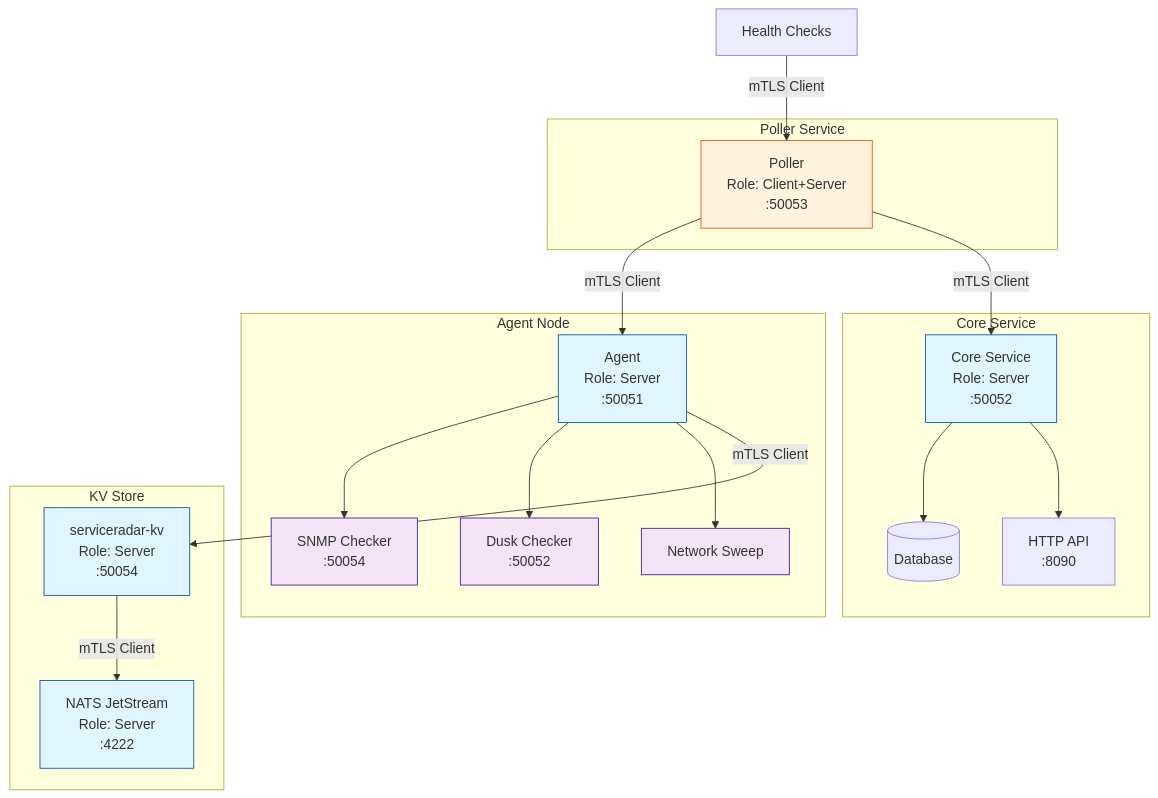
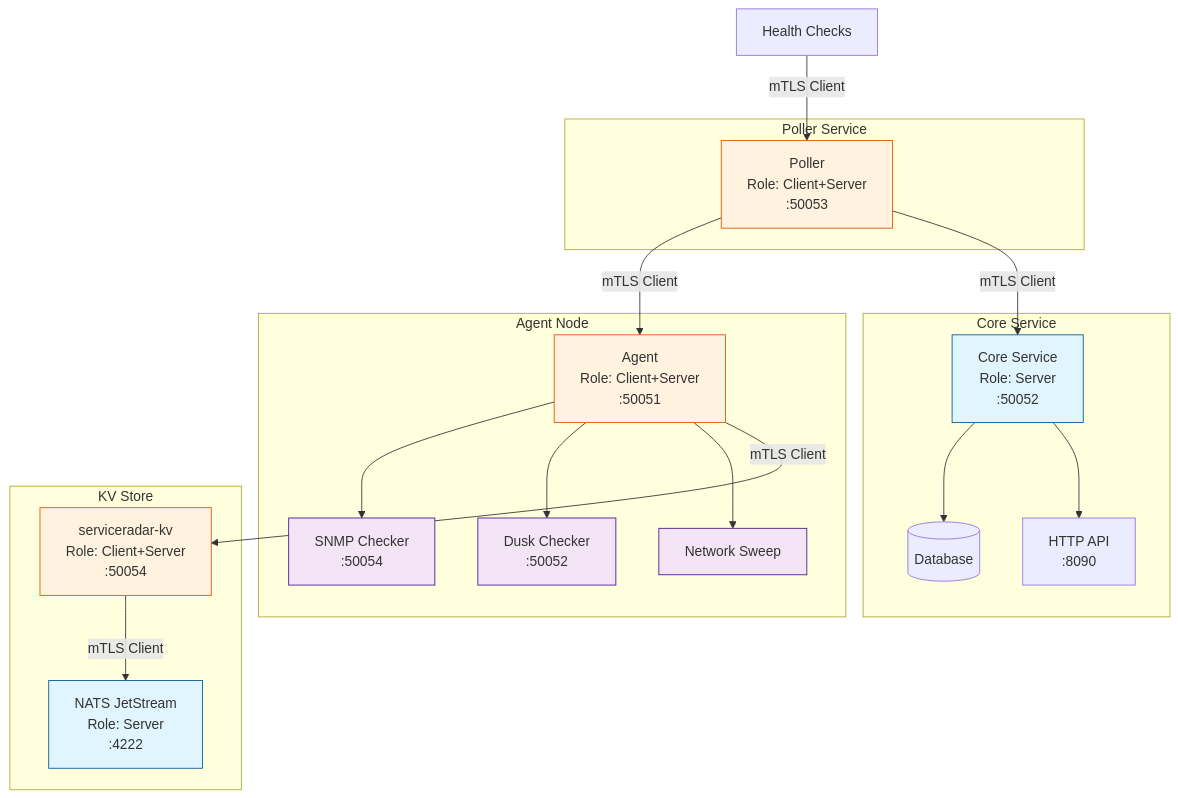
The diagram in docs/docs/tls-security.md (carverauto/serviceradar), drawn with Mermaid before and after one commit. The commit also changed other lines of this file and 17 other files, not shown here.

````diff
--- a/docs/docs/tls-security.md
+++ b/docs/docs/tls-security.md
@@ -16,48 +16,46 @@
 ```mermaid
 graph TB
 subgraph "Agent Node"
-AG[Agent<br/>Role: Server<br/>:50051]
-SNMPCheck[SNMP Checker<br/>:50054]
-DuskCheck[Dusk Checker<br/>:50052]
-SweepCheck[Network Sweep]
+    AG[Agent<br/>Role: Client+Server<br/>:50051]
+    SNMPCheck[SNMP Checker<br/>:50054]
+    DuskCheck[Dusk Checker<br/>:50052]
+    SweepCheck[Network Sweep]
+    AG --> SNMPCheck
+    AG --> DuskCheck
+    AG --> SweepCheck
+end
+    
+subgraph "Poller Service"
+    PL[Poller<br/>Role: Client+Server<br/>:50053]
+end
+    
+subgraph "Core Service"
+    CL[Core Service<br/>Role: Server<br/>:50052]
+    DB[(Database)]
+    API[HTTP API<br/>:8090]
+    CL --> DB
+    CL --> API
+end
 
-        AG --> SNMPCheck
-        AG --> DuskCheck
-        AG --> SweepCheck
-    end
+subgraph "KV Store"
+    KV[serviceradar-kv<br/>Role: Client+Server<br/>:50054]
+    NATS[NATS JetStream<br/>Role: Server<br/>:4222]
+    KV -->|mTLS Client| NATS
+    AG -->|mTLS Client| KV
+end
     
-    subgraph "Poller Service"
-        PL[Poller<br/>Role: Client+Server<br/>:50053]
-    end
+%% Client connections from Poller
+PL -->|mTLS Client| AG
+PL -->|mTLS Client| CL
     
-    subgraph "Core Service"
-        CL[Core Service<br/>Role: Server<br/>:50052]
-        DB[(Database)]
-        API[HTTP API<br/>:8090]
-        
-        CL --> DB
-        CL --> API
-    end
+%% Server connections to Poller
+HC1[Health Checks] -->|mTLS Client| PL
     
-    subgraph "KV Store"
-        KV[serviceradar-kv<br/>Role: Server<br/>:50054]
-        NATS[NATS JetStream<br/>Role: Server<br/>:4222]
-        KV -->|mTLS Client| NATS
-        AG -->|mTLS Client| KV
-    end
+classDef server fill:#e1f5fe,stroke:#01579b
+classDef client fill:#f3e5f5,stroke:#4a148c
+classDef dual fill:#fff3e0,stroke:#e65100
     
-    %% Client connections from Poller
-    PL -->|mTLS Client| AG
-    PL -->|mTLS Client| CL
-    
-    %% Server connections to Poller
-    HC1[Health Checks] -->|mTLS Client| PL
-    
-    classDef server fill:#e1f5fe,stroke:#01579b
-    classDef client fill:#f3e5f5,stroke:#4a148c
-    classDef dual fill:#fff3e0,stroke:#e65100
-    
-    class AG,CL,KV,NATS server
-    class PL dual
-    class SNMPCheck,DuskCheck,SweepCheck client
+class NATS,CL server
+class AG,PL,KV dual
+class SNMPCheck,DuskCheck,SweepCheck client
 ```
````
